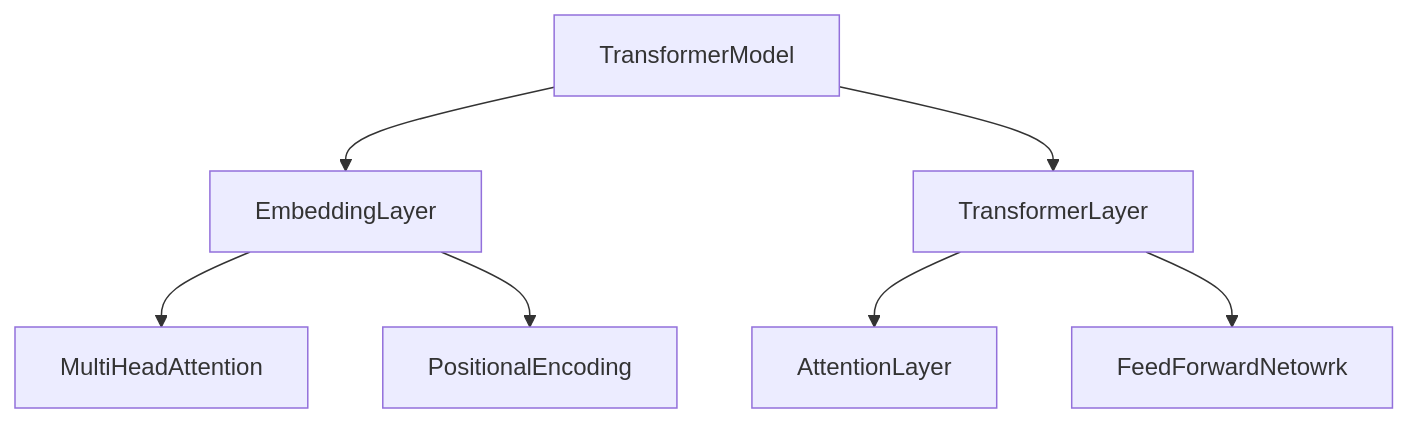
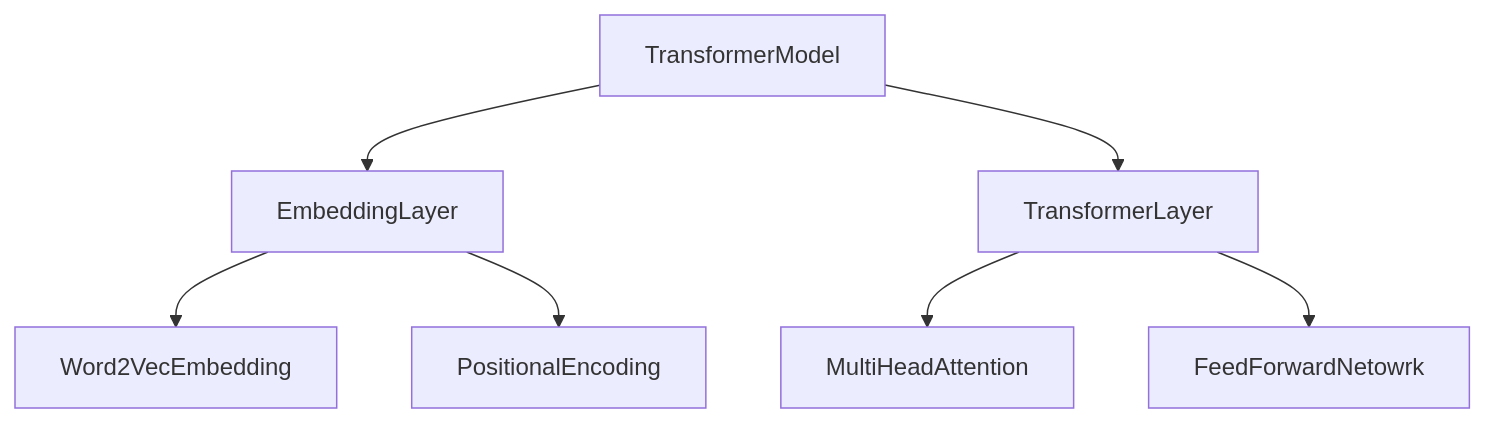
One commit to AlecMRogers/sentiment changed the diagram in code/transformer.md. Above: the diagram before and after it, drawn with Mermaid. The commit also changed other lines of this file and 2 other files, not shown here.

````diff
--- a/code/transformer.md
+++ b/code/transformer.md
@@ -4,9 +4,9 @@
 ```mermaid
 graph TD
     TransformerModel --> EmbeddingLayer
-    EmbeddingLayer   --> MultiHeadAttention
+    EmbeddingLayer   --> Word2VecEmbedding
     EmbeddingLayer   --> PositionalEncoding
     TransformerModel --> TransformerLayer
-    TransformerLayer --> AttentionLayer
+    TransformerLayer --> MultiHeadAttention
     TransformerLayer --> FeedForwardNetowrk
 ```
````
